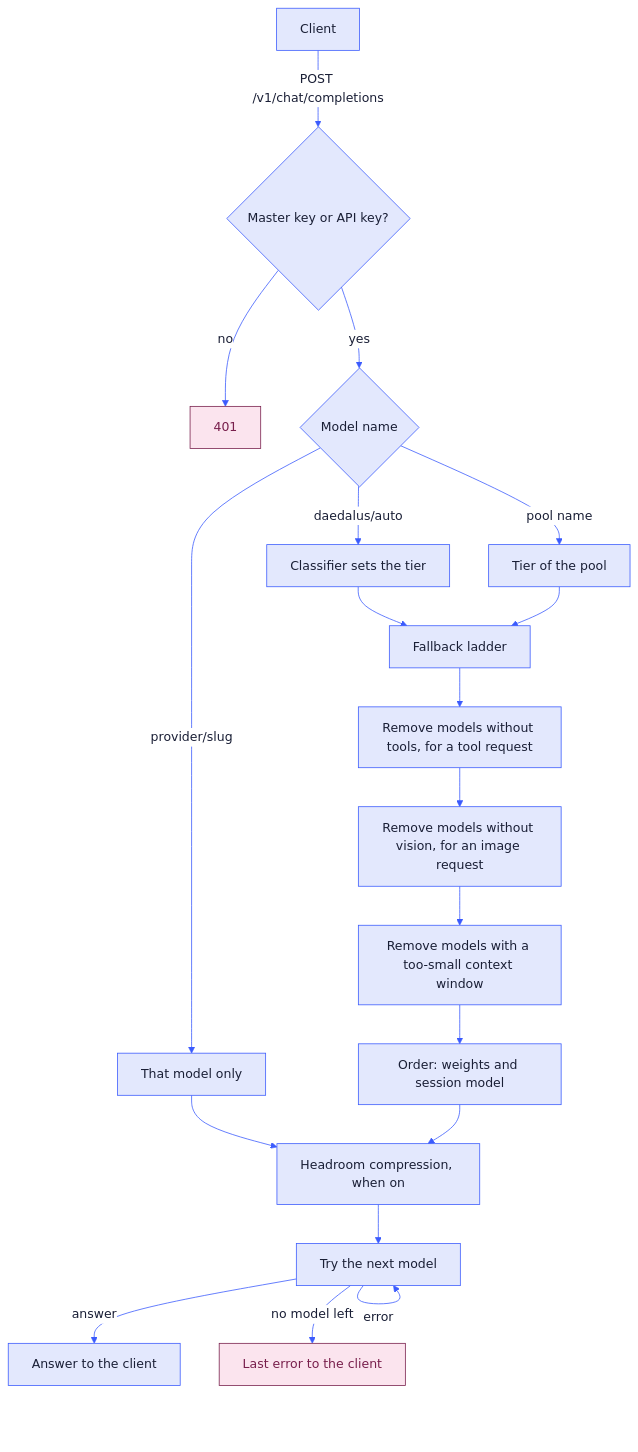
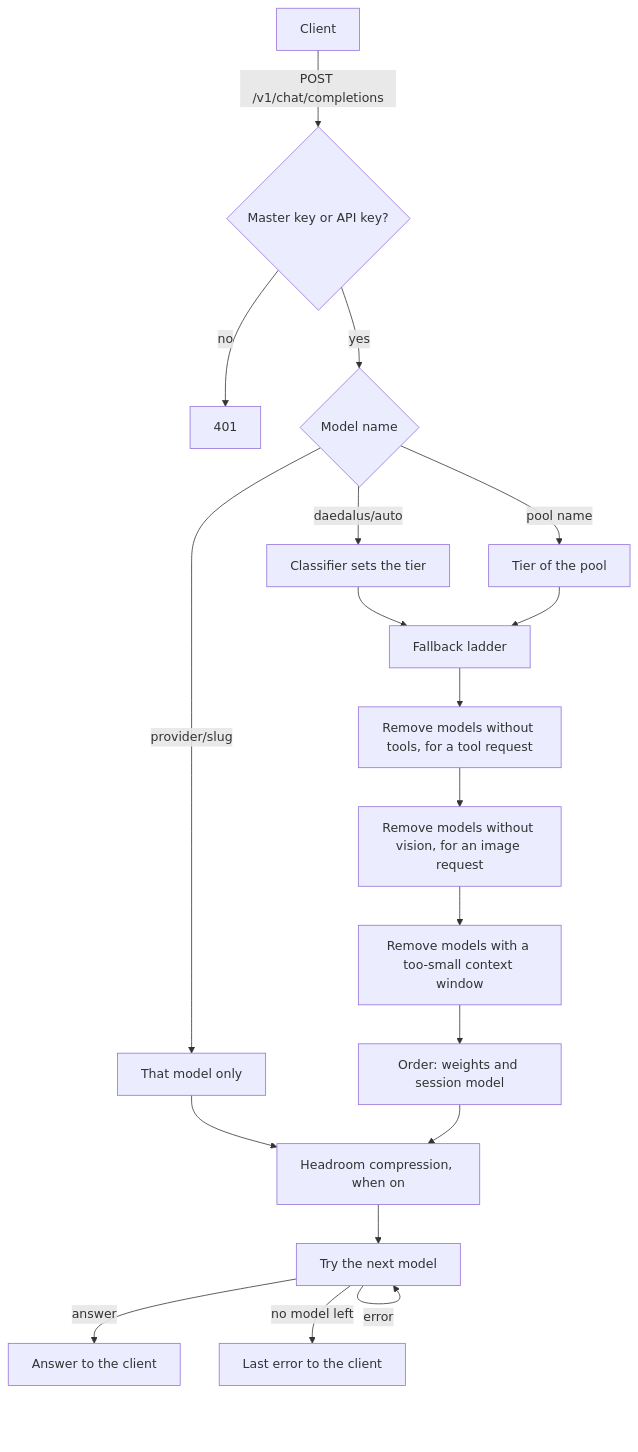
One commit to nemoe7/daedalus changed the first of 7 diagrams in docs/architecture.md. Above: the diagram before and after it, drawn with Mermaid. The commit also changed other lines of this file and 3 other files, not shown here.

Commit message:
docs: use the default mermaid theme in every diagram

````diff
--- a/docs/architecture.md
+++ b/docs/architecture.md
@@ -7,24 +7,21 @@
 ```mermaid
-%%{init: {"theme": "base", "themeVariables": {"primaryColor": "#e3e8fd", "primaryBorderColor": "#3b5bfd", "primaryTextColor": "#1a1f36", "lineColor": "#3b5bfd", "textColor": "#3b5bfd", "secondaryColor": "#ede9fe", "tertiaryColor": "#f5f3ff", "clusterBkg": "#f5f3ff", "clusterBorder": "#8b5cf6", "titleColor": "#5c388c", "edgeLabelBackground": "#ffffff", "noteBkgColor": "#ede9fe", "noteBorderColor": "#8b5cf6"}}}%%
 flowchart TD
   C[Client] -->|POST /v1/chat/completions| A{Master key or API key?}
   A -->|no| E401[401]
   A -->|yes| M{Model name}
   M -->|daedalus/auto| CL[Classifier sets the tier]
   M -->|pool name| P[Tier of the pool]
   M -->|provider/slug| D[That model only]
   CL --> L[Fallback ladder]
   P --> L
   L --> F[Remove models without tools, for a tool request]
   F --> V[Remove models without vision, for an image request]
   V --> S[Remove models with a too-small context window]
   S --> O[Order: weights and session model]
   D --> H
   O --> H[Headroom compression, when on]
   H --> T[Try the next model]
   T -->|answer| OK[Answer to the client]
   T -->|error| T
   T -->|no model left| E502[Last error to the client]
-  classDef bad fill:#fbe4ee,stroke:#781f4c,color:#781f4c
-  class E401,E502 bad
 ```
````
